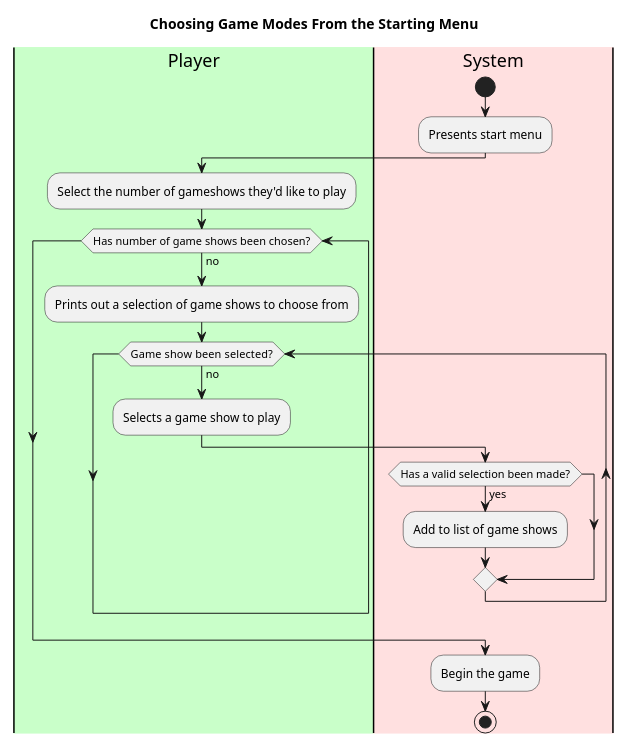
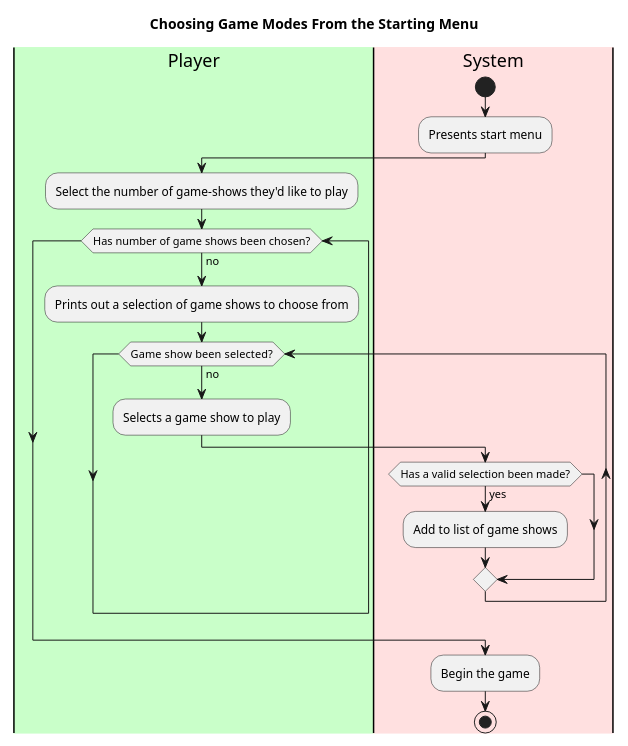
The second of 2 diagrams in doc/use-cases/use-cases-brief.md (aczar09/Trivia-Game-Android), drawn with PlantUML before and after one commit. The commit also changed other lines of this file and 1 other file, not shown here.

````diff
--- a/doc/use-cases/use-cases-brief.md
+++ b/doc/use-cases/use-cases-brief.md
@@ -146,28 +156,28 @@
 ```plantuml
 @startuml
 scale max 600 height
 title Choosing Game Modes From the Starting Menu
 'define swimlanes
 |#technology|Player|
 |#implementation|System|
 |System|
 start
 :Presents start menu;
 |Player|
-:Select the number of gameshows they'd like to play;
+:Select the number of game-shows they'd like to play;
 while(Has number of game shows been chosen?) is (no)
 :Prints out a selection of game shows to choose from;
 while(Game show  been selected?) is (no)
 :Selects a game show to play;
 |System|
 if(Has a valid selection been made?) then (yes)
 :Add to list of game shows;
 endif
 end while
 endwhile
 |System|
 :Begin the game;
 stop
 
 @enduml
 ```
````
